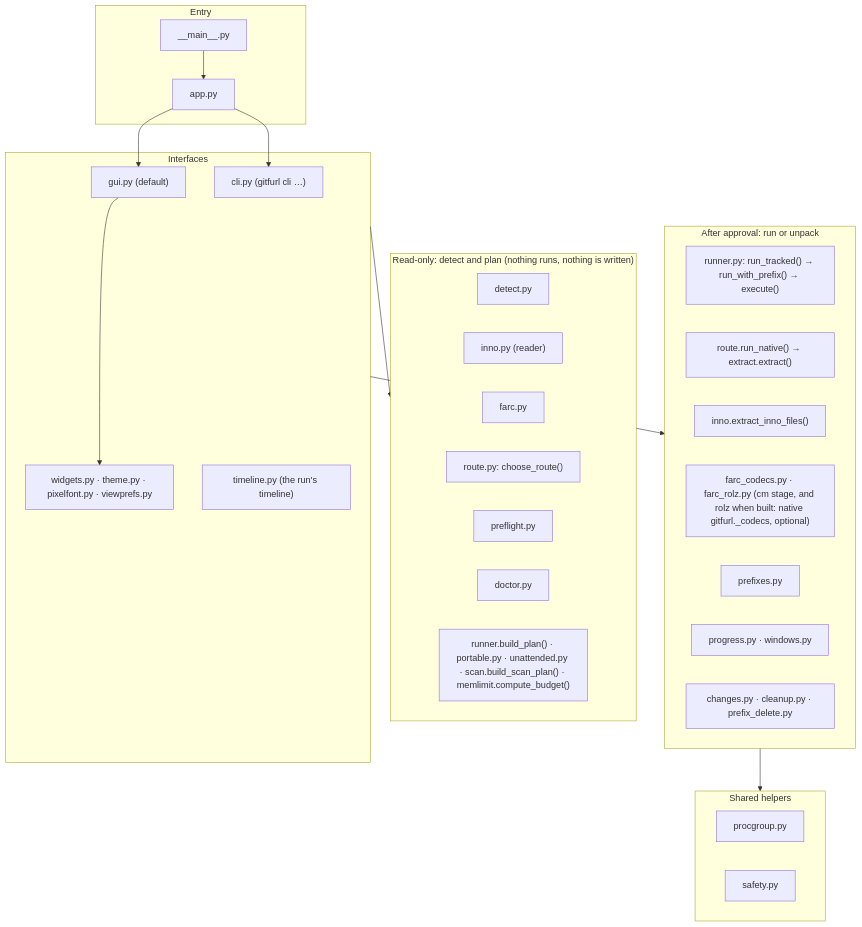
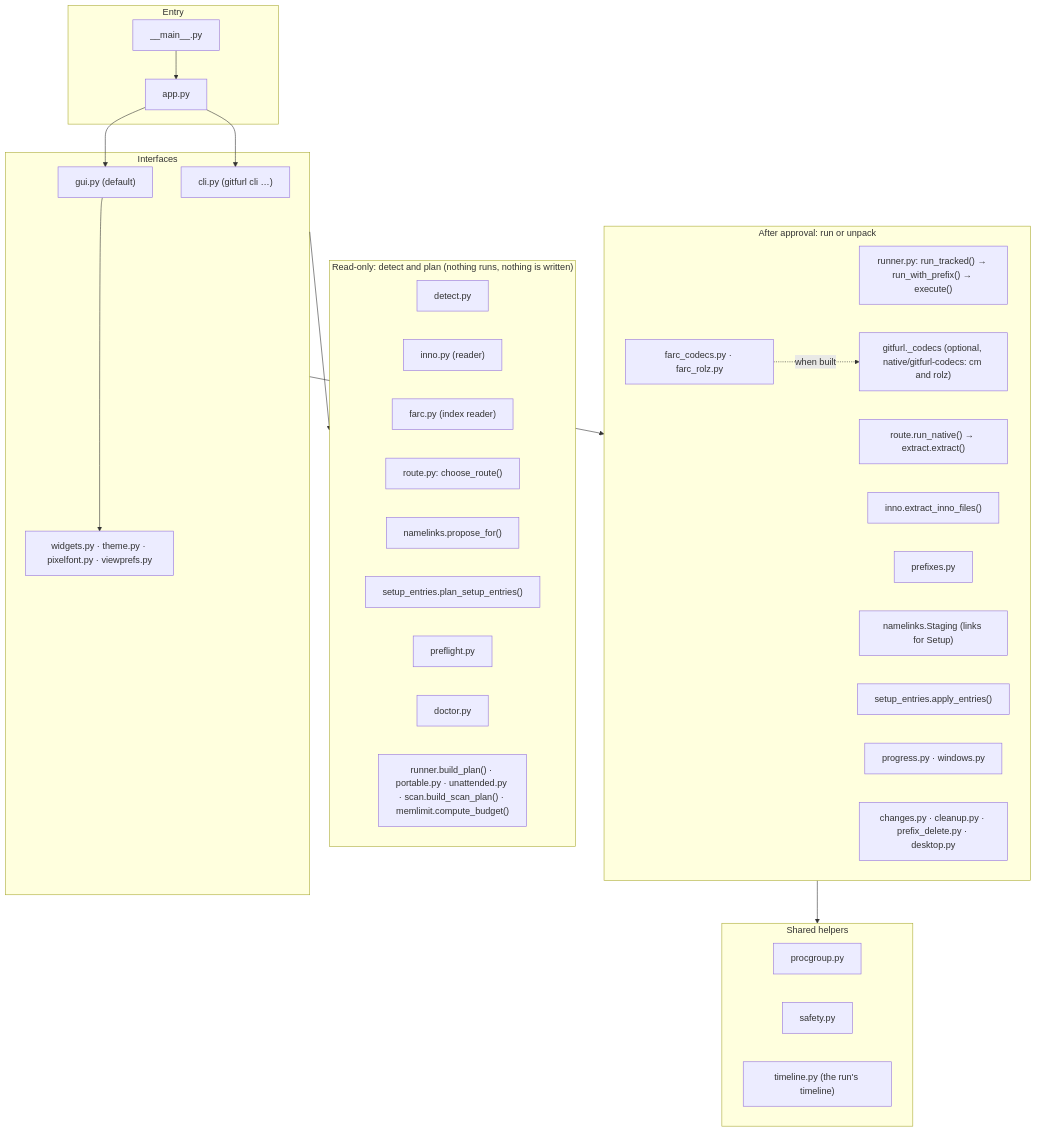
The first of 6 diagrams in docs/code-map.md (undecuple/gitfurl), drawn with Mermaid before and after one commit. The commit also changed other lines of this file and 5 other files, not shown here.

````diff
--- a/docs/code-map.md
+++ b/docs/code-map.md
@@ -9,39 +9,45 @@
 ```mermaid
 flowchart TB
   subgraph entry["Entry"]
     main["__main__.py"] --> app["app.py"]
   end
   subgraph ui["Interfaces"]
     gui["gui.py (default)"]
     cli["cli.py (gitfurl cli …)"]
     widgets["widgets.py · theme.py · pixelfont.py · viewprefs.py"]
-    timeline["timeline.py (the run's timeline)"]
   end
   subgraph plan["Read-only: detect and plan (nothing runs, nothing is written)"]
     detect["detect.py"]
     inno["inno.py (reader)"]
-    farc["farc.py"]
+    farc["farc.py (index reader)"]
     route["route.py: choose_route()"]
+    links["namelinks.propose_for()"]
+    entries["setup_entries.plan_setup_entries()"]
     preflight["preflight.py"]
     doctor["doctor.py"]
     builders["runner.build_plan() · portable.py · unattended.py · scan.build_scan_plan() · memlimit.compute_budget()"]
   end
   subgraph run["After approval: run or unpack"]
     runner["runner.py: run_tracked() → run_with_prefix() → execute()"]
     native["route.run_native() → extract.extract()"]
     innox["inno.extract_inno_files()"]
-    codecs["farc_codecs.py · farc_rolz.py (cm stage, and rolz when built: native gitfurl._codecs, optional)"]
+    codecs["farc_codecs.py · farc_rolz.py"]
+    rust["gitfurl._codecs (optional, native/gitfurl-codecs: cm and rolz)"]
     prefixes["prefixes.py"]
+    staging["namelinks.Staging (links for Setup)"]
+    apply["setup_entries.apply_entries()"]
     progress["progress.py · windows.py"]
-    changes["changes.py · cleanup.py · prefix_delete.py"]
+    changes["changes.py · cleanup.py · prefix_delete.py · desktop.py"]
   end
   subgraph shared["Shared helpers"]
     procgroup["procgroup.py"]
     safety["safety.py"]
+    timeline["timeline.py (the run's timeline)"]
   end
   app --> gui & cli
   gui --> widgets
   ui --> plan
   ui --> run
+  codecs -.->|when built| rust
   run --> shared
 ```
````
